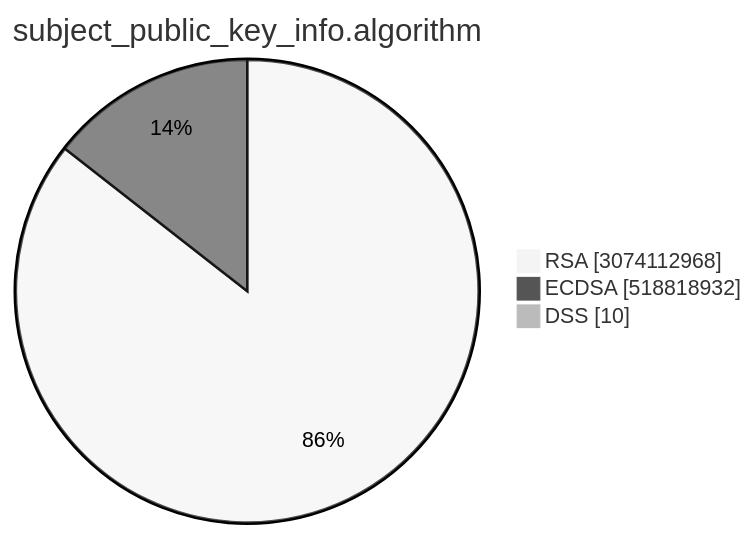
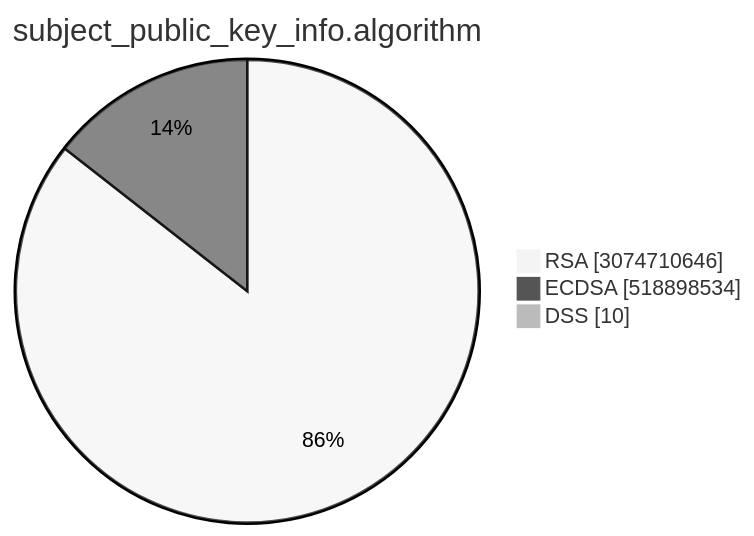
One commit to christiankrug/ctmonitor_visualization changed the second of 15 diagrams in TOTAL/README.md. Above: the diagram before and after it, drawn with Mermaid (neutral theme). The commit also changed other lines of this file, not shown here.

````diff
--- a/TOTAL/README.md
+++ b/TOTAL/README.md
@@ -6,7 +6,7 @@
 ```mermaid
 pie showData
 title subject_public_key_info.algorithm
-"RSA" :3074112968
-"ECDSA" :518818932
+"RSA" :3074710646
+"ECDSA" :518898534
 "DSS" :10
 ```
````
